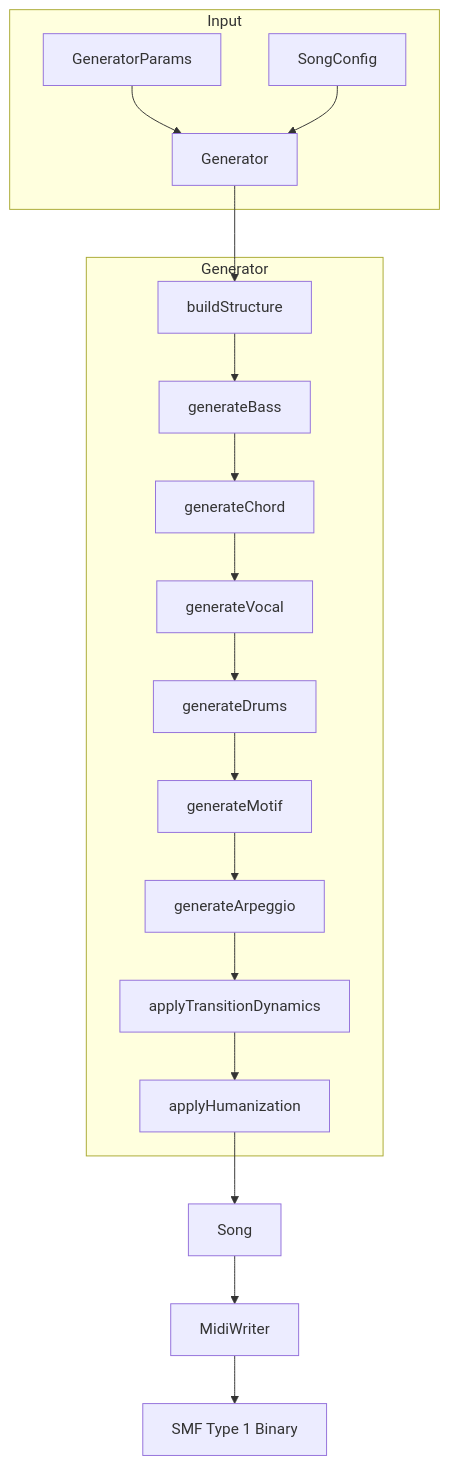
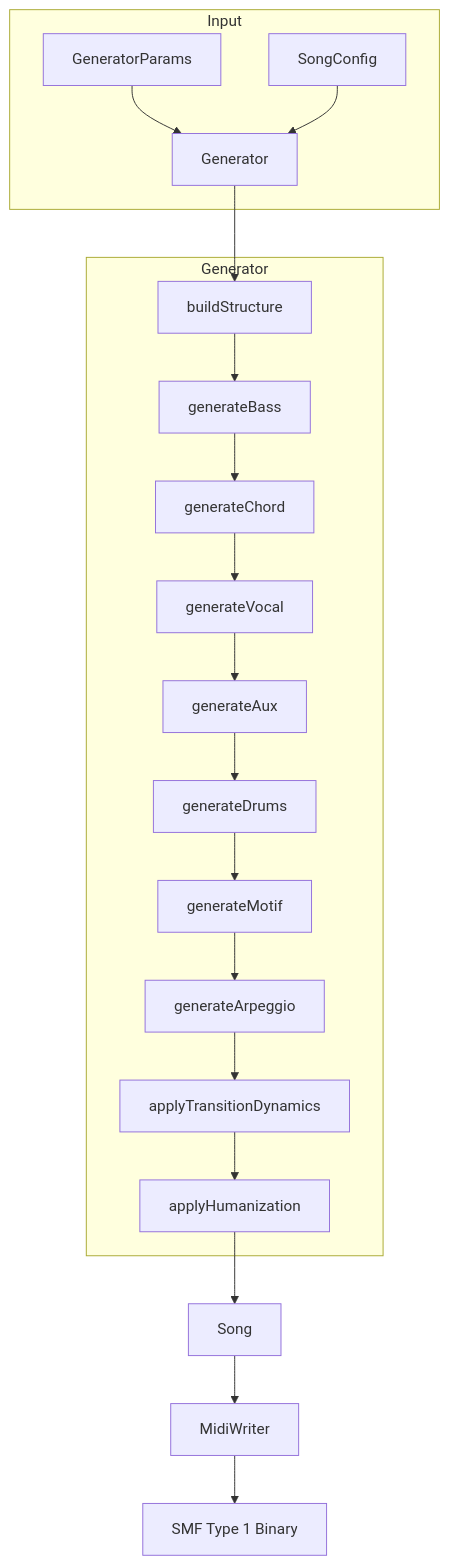
One commit to libraz/midi-sketch-homepage changed the first of 2 diagrams in src/docs/architecture.md. Above: the diagram before and after it, drawn with Mermaid. The commit also changed other lines of this file and 16 other files, not shown here.

````diff
--- a/src/docs/architecture.md
+++ b/src/docs/architecture.md
@@ -91,23 +101,24 @@
 ```mermaid
 flowchart TD
     subgraph Input
         A[GeneratorParams] --> G
         B[SongConfig] --> G
     end
 
     subgraph Generator
         G[Generator] --> S1[buildStructure]
         S1 --> S2[generateBass]
         S2 --> S3[generateChord]
         S3 --> S4[generateVocal]
-        S4 --> S5[generateDrums]
-        S5 --> S6[generateMotif]
-        S6 --> S7[generateArpeggio]
-        S7 --> S8[applyTransitionDynamics]
-        S8 --> S9[applyHumanization]
+        S4 --> S5[generateAux]
+        S5 --> S6[generateDrums]
+        S6 --> S7[generateMotif]
+        S7 --> S8[generateArpeggio]
+        S8 --> S9[applyTransitionDynamics]
+        S9 --> S10[applyHumanization]
     end
 
-    S9 --> Song
+    S10 --> Song
     Song --> MW[MidiWriter]
     MW --> MIDI["SMF Type 1 Binary"]
 ```
````
